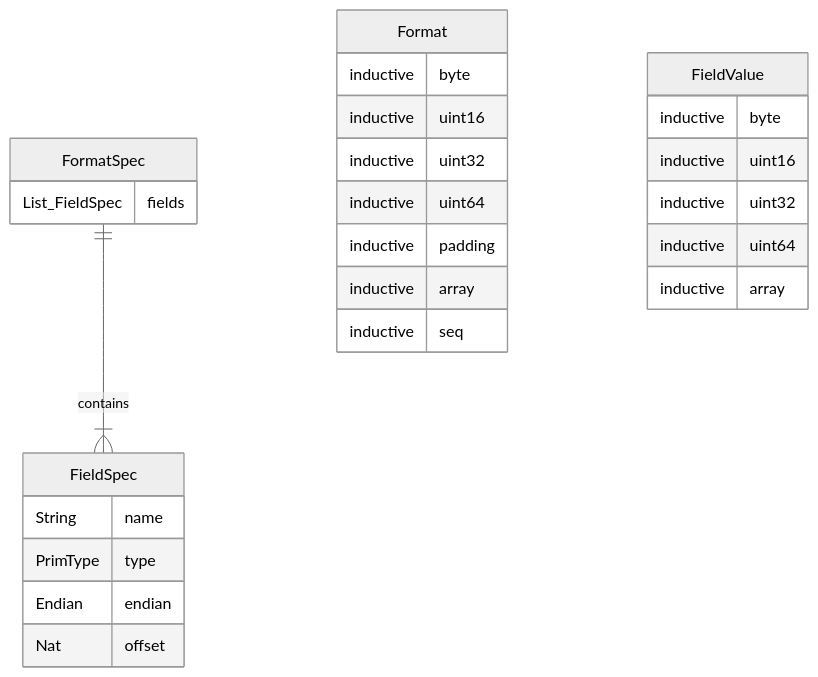
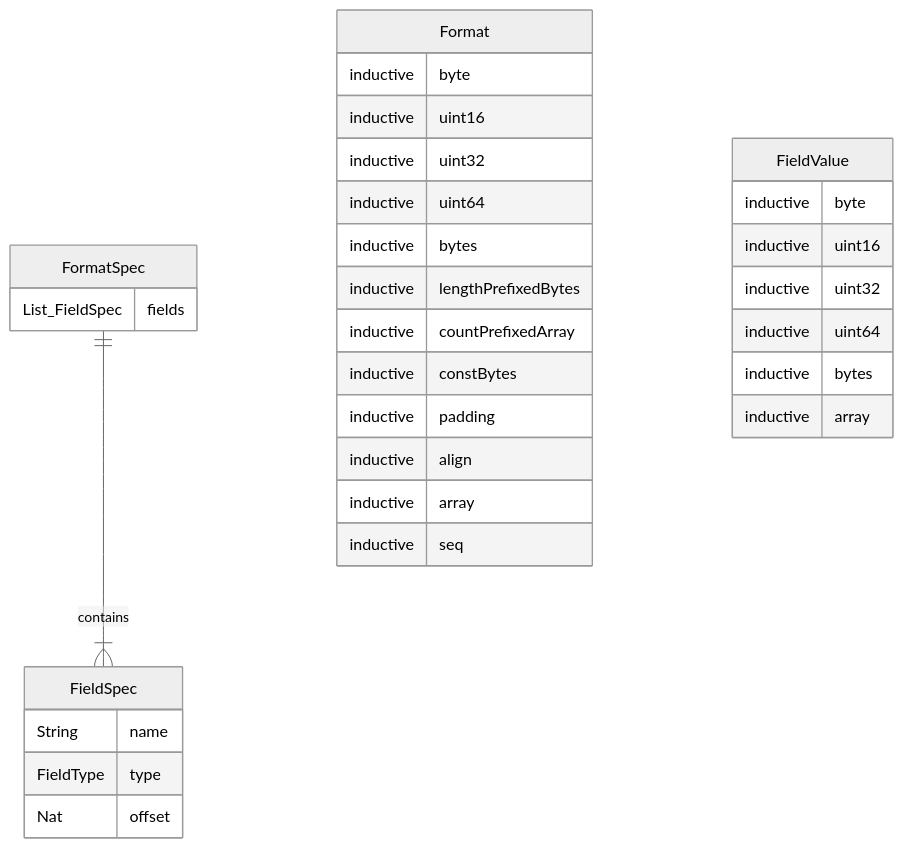
The third of 7 diagrams in docs/en/architecture/data-model.md (Provenance-Works/Radix), drawn with Mermaid (neutral theme) before and after one commit.

Commit message:
docs(architecture): update binary format type diagram

````diff
--- a/docs/en/architecture/data-model.md
+++ b/docs/en/architecture/data-model.md
@@ -116,29 +116,34 @@
 ```mermaid
 erDiagram
     FormatSpec ||--|{ FieldSpec : contains
     FormatSpec {
         List_FieldSpec fields
     }
     FieldSpec {
         String name
-        PrimType type
-        Endian endian
+        FieldType type
         Nat offset
     }
     Format {
         inductive byte
         inductive uint16
         inductive uint32
         inductive uint64
+        inductive bytes
+        inductive lengthPrefixedBytes
+        inductive countPrefixedArray
+        inductive constBytes
         inductive padding
+        inductive align
         inductive array
         inductive seq
     }
     FieldValue {
         inductive byte
         inductive uint16
         inductive uint32
         inductive uint64
+        inductive bytes
         inductive array
     }
 ```
````
